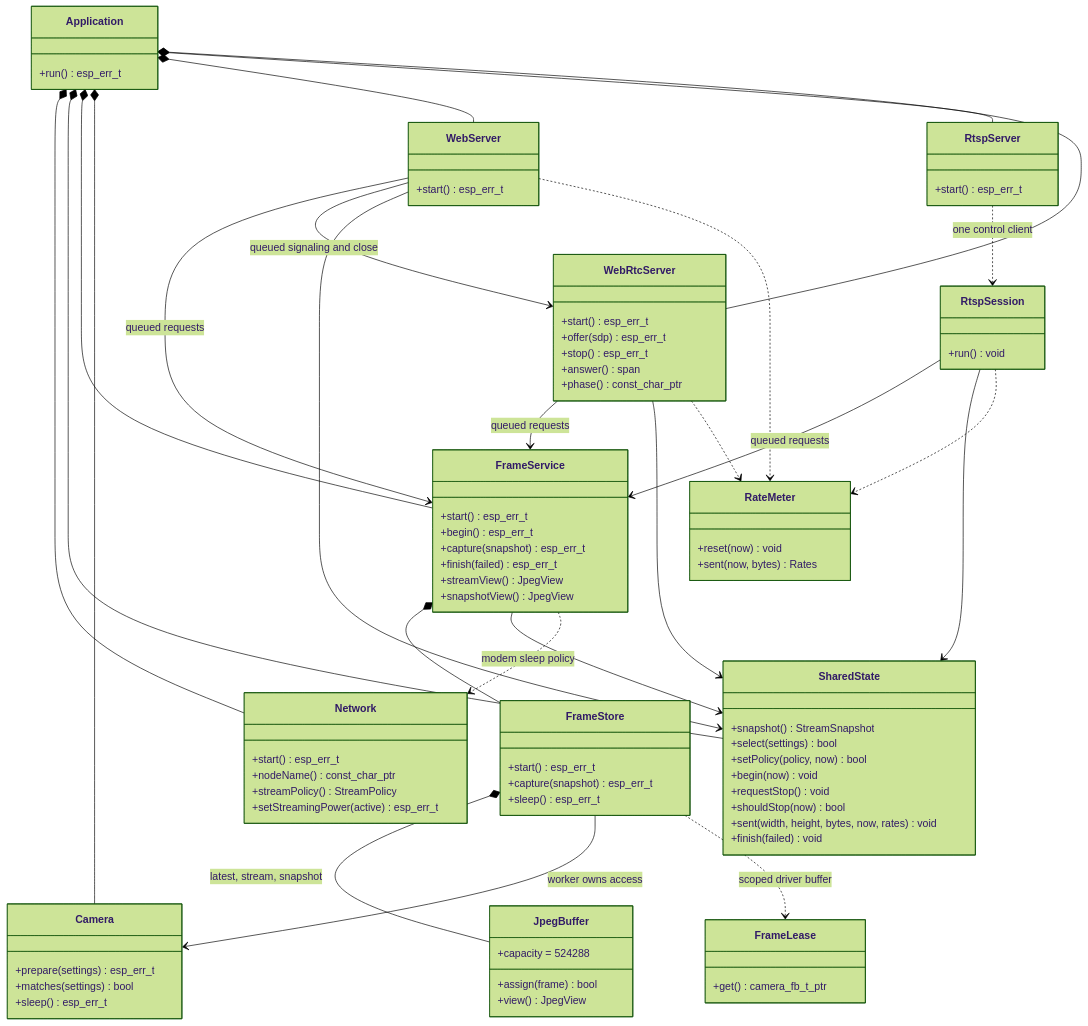
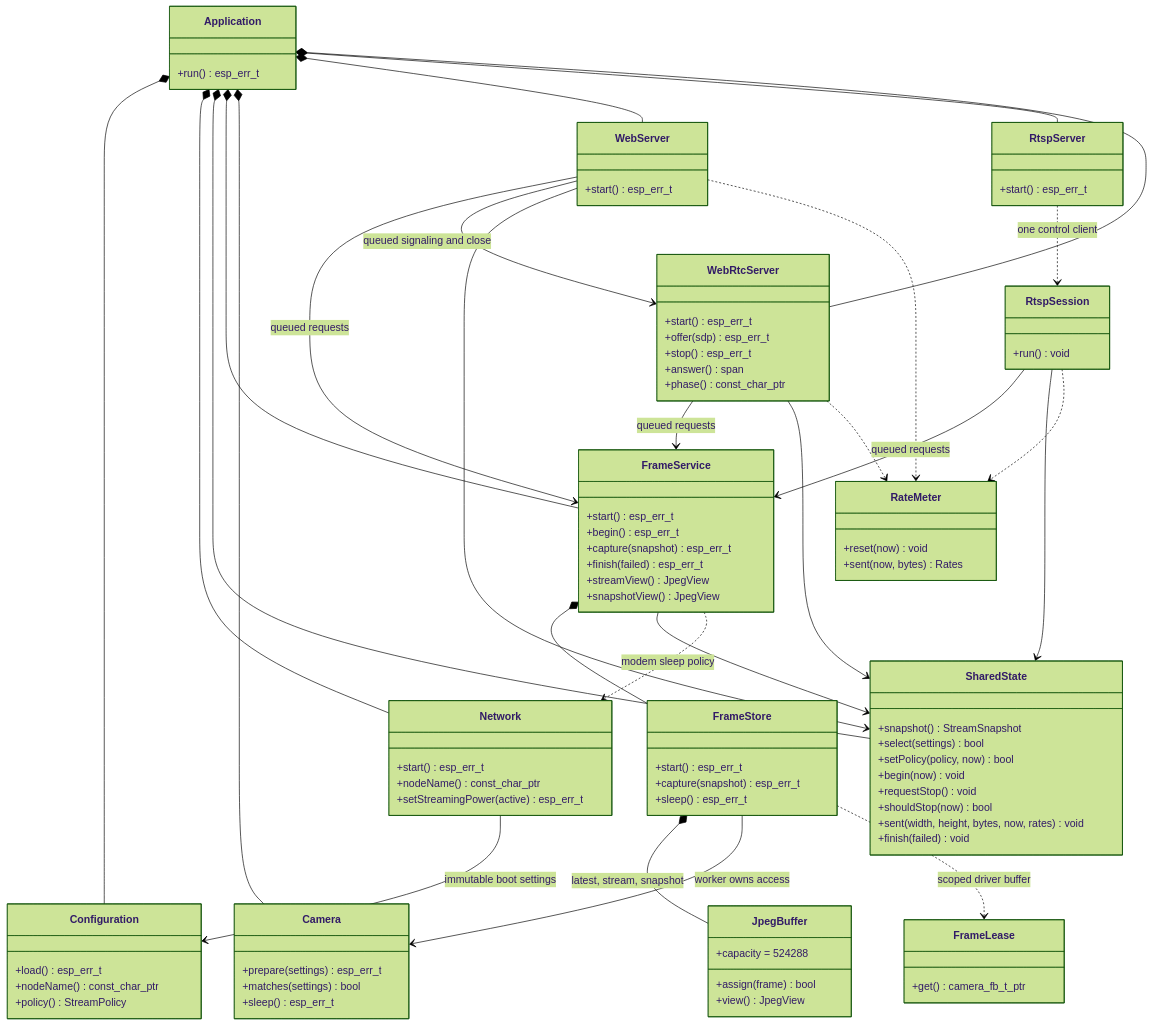
One commit to dm1ar/ESP32-CAM changed the first of 4 diagrams in docs/ARCHITECTURE.md. Above: the diagram before and after it, drawn with Mermaid (forest theme). The commit also changed other lines of this file and 100 other files, not shown here.

```diff
--- a/docs/ARCHITECTURE.md
+++ b/docs/ARCHITECTURE.md
@@ -15,10 +17,14 @@
     class Application {
         +run() esp_err_t
     }
+    class Configuration {
+        +load() esp_err_t
+        +nodeName() const_char_ptr
+        +policy() StreamPolicy
+    }
     class Network {
         +start() esp_err_t
         +nodeName() const_char_ptr
-        +streamPolicy() StreamPolicy
         +setStreamingPower(active) esp_err_t
     }
     class SharedState {
@@ -77,6 +83,8 @@
         +reset(now) void
         +sent(now, bytes) Rates
     }
+    Application *-- Configuration
+    Network --> Configuration : immutable boot settings
     Application *-- Network
     Application *-- SharedState
     Application *-- FrameService
```
